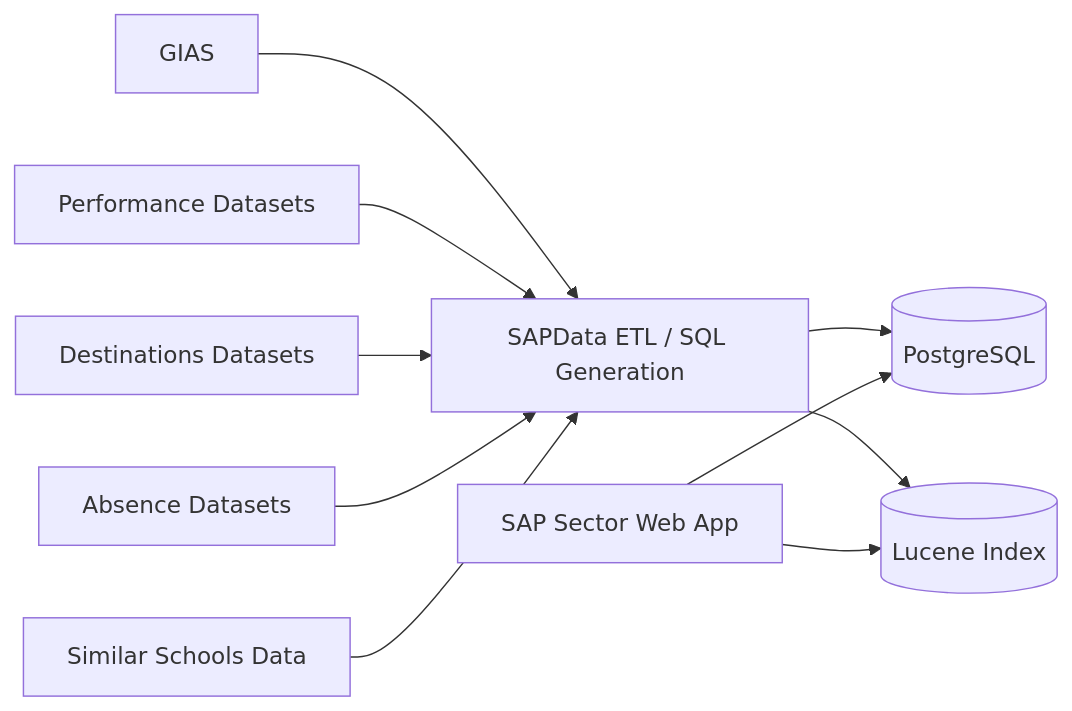
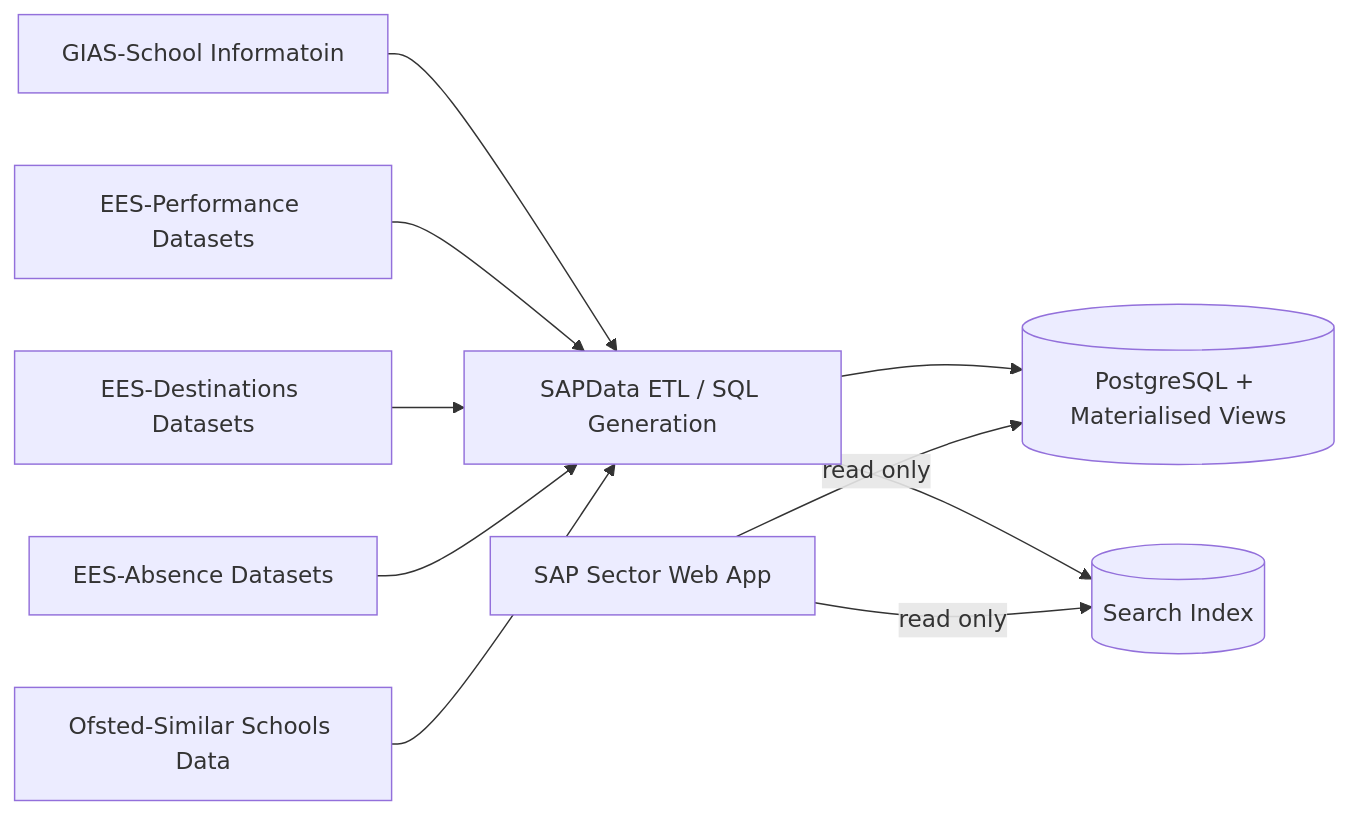
The third of 3 diagrams in docs/architecture/high-level-design.md (DFE-Digital/sap-sector), drawn with Mermaid before and after one commit. The commit also changed other lines of this file and 3 other files, not shown here.

````diff
--- a/docs/architecture/high-level-design.md
+++ b/docs/architecture/high-level-design.md
@@ -443,25 +407,27 @@
 ```mermaid
 flowchart LR
-    gias[GIAS]
-    perf[Performance Datasets]
-    dest[Destinations Datasets]
-    abs[Absence Datasets]
-    sim[Similar Schools Data]
+    gias[GIAS-School Informatoin]
+    perf[EES-Performance Datasets]
+    dest[EES-Destinations Datasets]
+    abs[EES-Absence Datasets]
+    ofsted[Ofsted-Similar Schools Data]
+    
 
     pipeline[SAPData ETL / SQL Generation]
-    pg[(PostgreSQL)]
-    lucene[(Lucene Index)]
+    pg[(PostgreSQL + Materialised Views)]
+    search[(Search Index)]
     web[SAP Sector Web App]
 
     gias --> pipeline
     perf --> pipeline
     dest --> pipeline
     abs --> pipeline
-    sim --> pipeline
+    ofsted --> pipeline
+    
 
     pipeline --> pg
-    pipeline --> lucene
+    pipeline --> search
 
-    web --> pg
-    web --> lucene
+    web -->|read only| pg
+    web -->|read only| search
 ```
````
